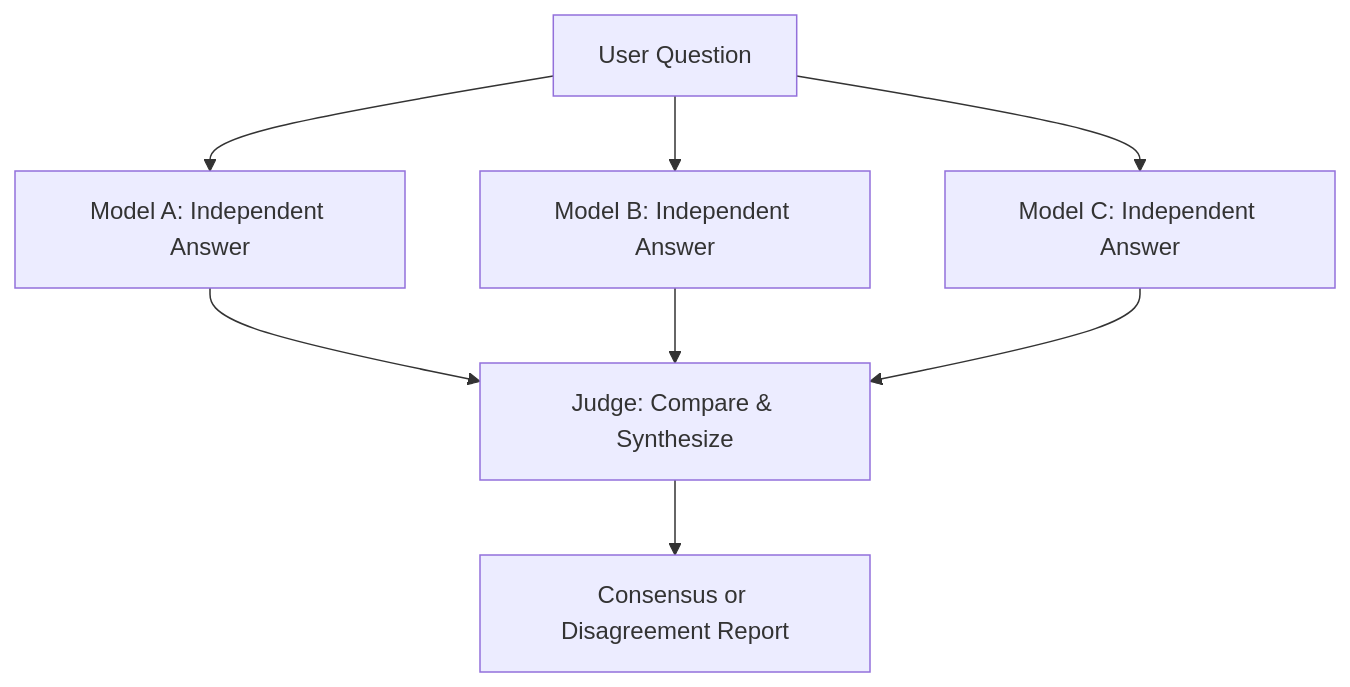
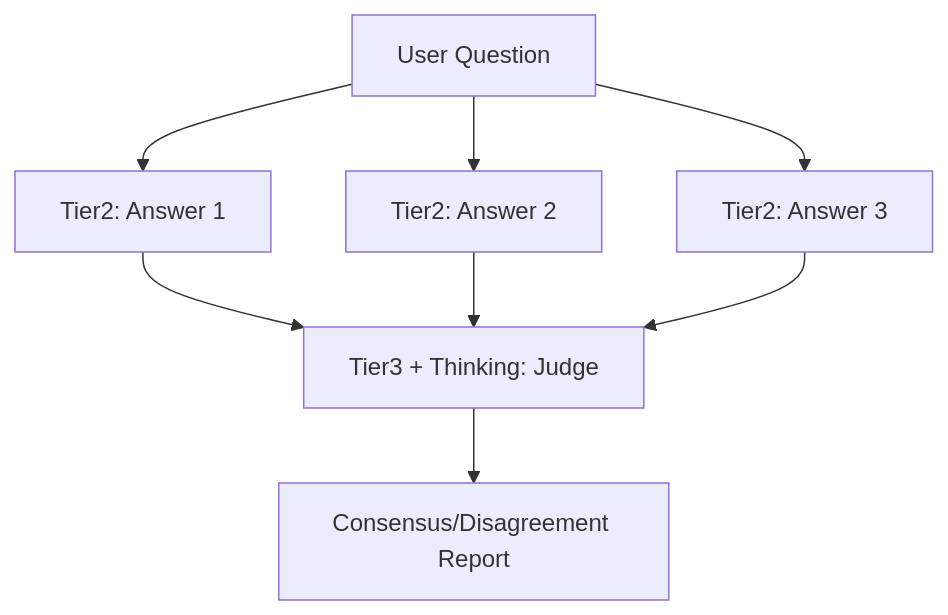
The tenth of 11 diagrams in README.md (PierreStephaneVoltaire/IF), drawn with Mermaid before and after one commit. The commit also changed other lines of this file, not shown here.

````diff
--- a/README.md
+++ b/README.md
@@ -317,10 +517,10 @@
 ```mermaid
 flowchart TD
-    A[User Question] --> B[Model A: Independent Answer]
-    A --> C[Model B: Independent Answer]
-    A --> D[Model C: Independent Answer]
-    B --> E[Judge: Compare & Synthesize]
+    A[User Question] --> B[Tier2: Answer 1]
+    A --> C[Tier2: Answer 2]
+    A --> D[Tier2: Answer 3]
+    B --> E[Tier3 + Thinking: Judge]
     C --> E
     D --> E
-    E --> F[Consensus or Disagreement Report]
+    E --> F[Consensus/Disagreement Report]
 ```
````
